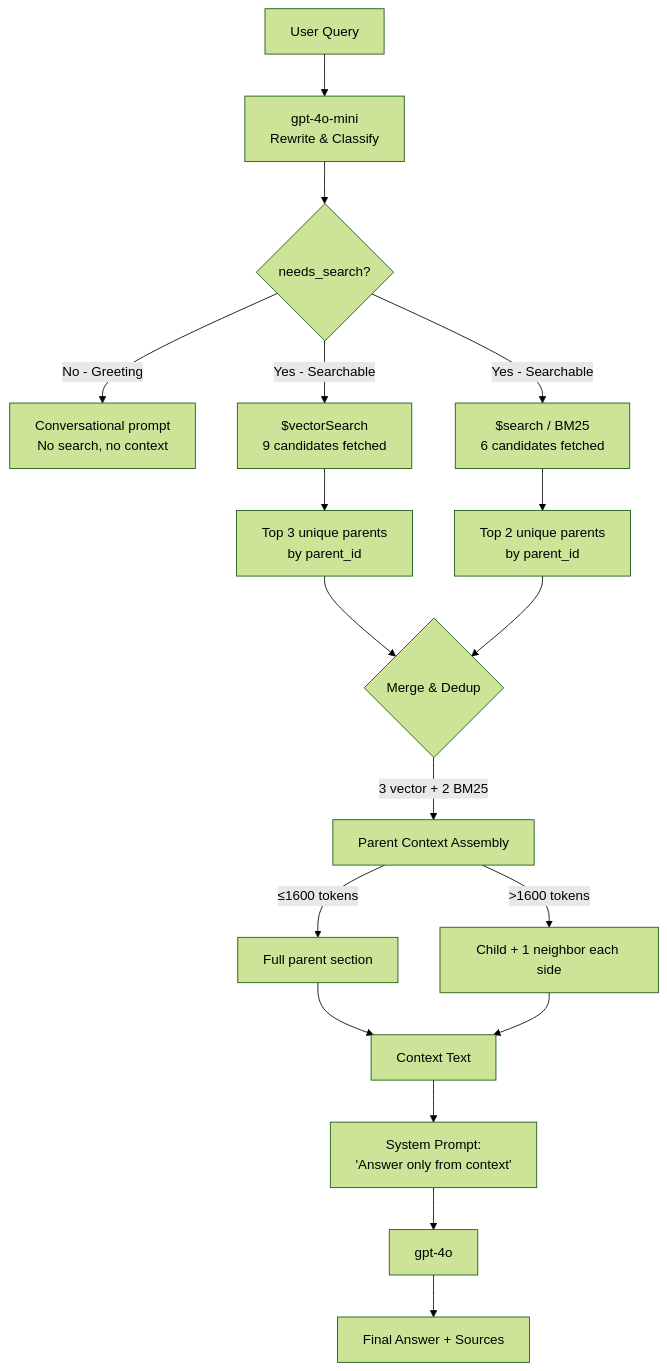
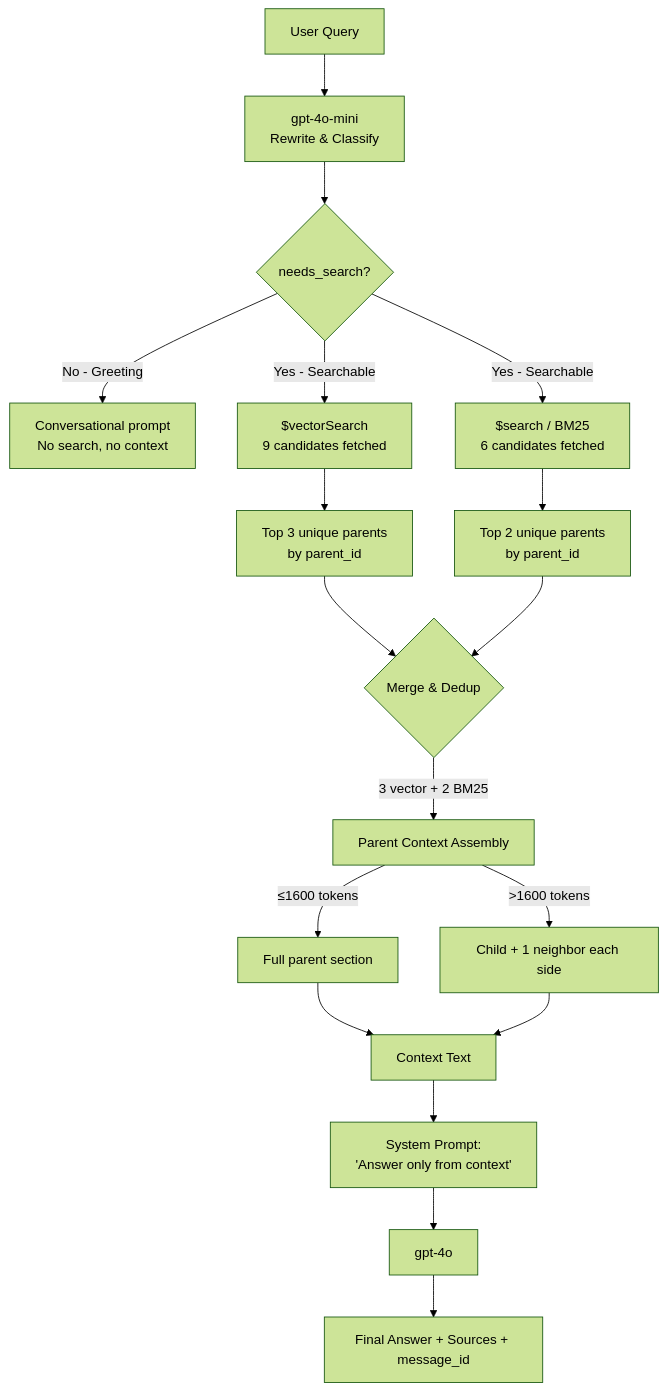
Before and after one commit to Himanshu-Jha-rgb/AI_Chatbot_widget: the fourth of 5 diagrams in README.md, drawn with Mermaid (forest theme). The commit also changed other lines of this file and 13 other files, not shown here.

````diff
--- a/README.md
+++ b/README.md
@@ -108,27 +110,27 @@
 ```mermaid
 flowchart TD
     Q[User Query] --> RW[gpt-4o-mini<br/>Rewrite & Classify]
     RW --> C{needs_search?}
     
     C -->|No - Greeting| GP["Conversational prompt<br/>No search, no context"]
     C -->|Yes - Searchable| VE["$vectorSearch<br/>9 candidates fetched"]
     C -->|Yes - Searchable| BE["$search / BM25<br/>6 candidates fetched"]
     
     VE --> VG[Top 3 unique parents<br/>by parent_id]
     BE --> BG[Top 2 unique parents<br/>by parent_id]
     
     VG --> Merge{Merge & Dedup}
     BG --> Merge
     
     Merge -->|3 vector + 2 BM25| PA[Parent Context Assembly]
     
     PA -->|≤1600 tokens| FS[Full parent section]
     PA -->|>1600 tokens| CW[Child + 1 neighbor each side]
     
     FS --> CTX[Context Text]
     CW --> CTX
     
     CTX --> SP["System Prompt:<br/>'Answer only from context'"]
     SP --> LLM[gpt-4o]
-    LLM --> ANS[Final Answer + Sources]
+    LLM --> ANS[Final Answer + Sources + message_id]
 ```
````
